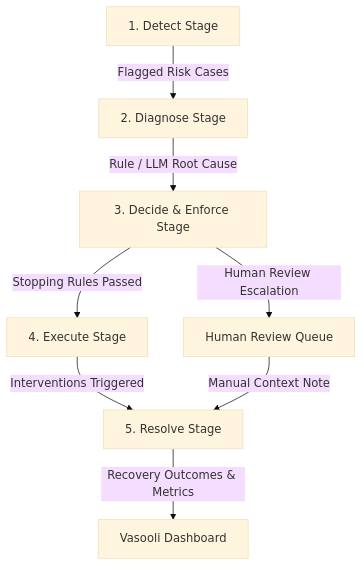
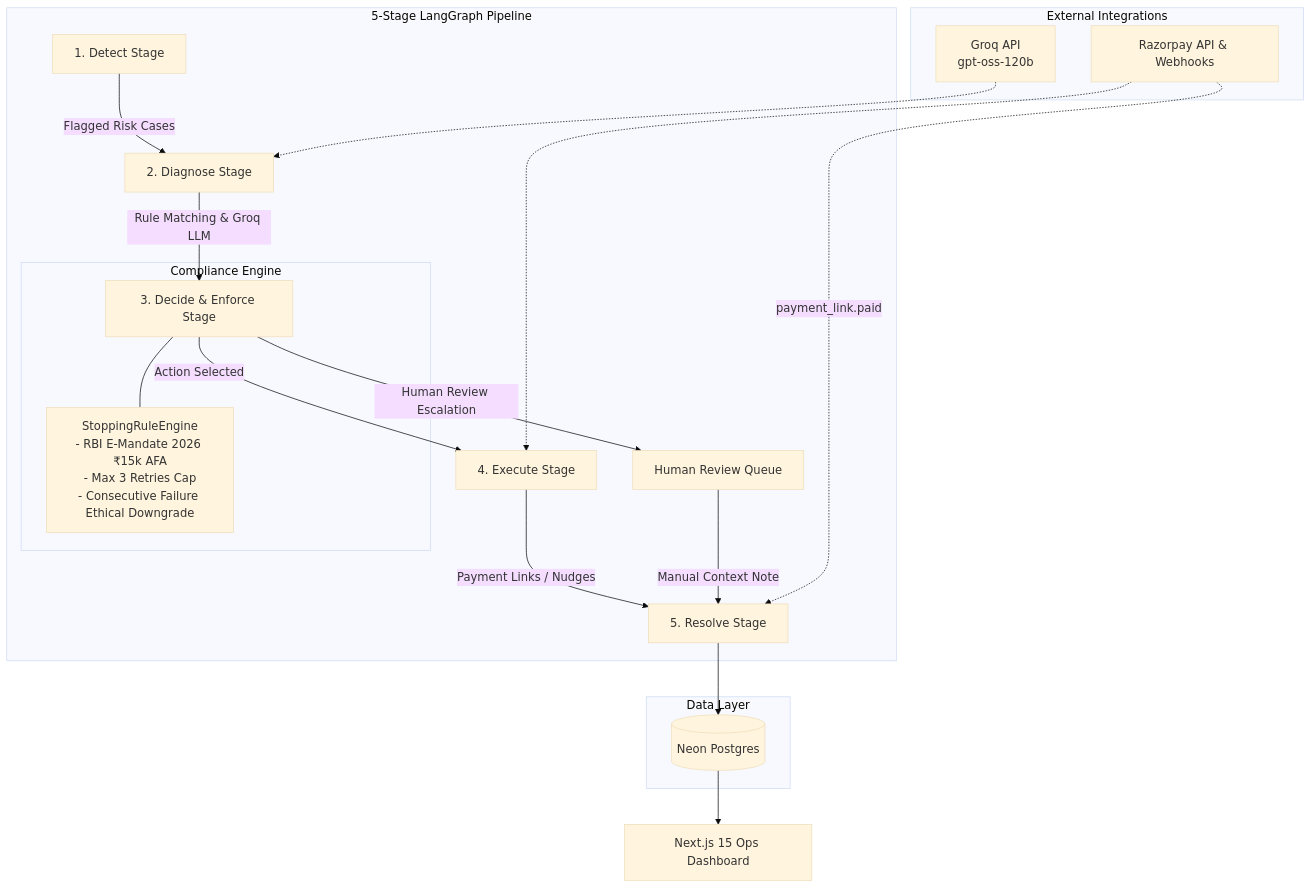
One commit to Akaash-S/vasooli changed the diagram in docs/architecture.mmd. Above: the diagram before and after it, drawn with Mermaid (base theme). The commit also changed 2 other files, not shown here.

Commit message:
docs: finalize judge-facing README and architecture diagram for Day 11

```diff
--- a/docs/architecture.mmd
+++ b/docs/architecture.mmd
@@ -1,8 +1,28 @@
 graph TD
-    A[1. Detect Stage] -->|Flagged Risk Cases| B[2. Diagnose Stage]
-    B -->|Rule / LLM Root Cause| C[3. Decide & Enforce Stage]
-    C -->|Stopping Rules Passed| D[4. Execute Stage]
-    C -->|Human Review Escalation| E[Human Review Queue]
-    D -->|Interventions Triggered| F[5. Resolve Stage]
-    E -->|Manual Context Note| F
-    F -->|Recovery Outcomes & Metrics| G[Vasooli Dashboard]
+    subgraph Data Layer
+        DB[(Neon Postgres)]
+    end
+
+    subgraph 5-Stage LangGraph Pipeline
+        A[1. Detect Stage] -->|Flagged Risk Cases| B[2. Diagnose Stage]
+        B -->|Rule Matching & Groq LLM| C[3. Decide & Enforce Stage]
+        
+        subgraph Compliance Engine
+            C --- SRE[StoppingRuleEngine<br/>- RBI E-Mandate 2026 ₹15k AFA<br/>- Max 3 Retries Cap<br/>- Consecutive Failure Ethical Downgrade]
+        end
+        
+        C -->|Action Selected| D[4. Execute Stage]
+        C -->|Human Review Escalation| E[Human Review Queue]
+        
+        D -->|Payment Links / Nudges| F[5. Resolve Stage]
+        E -->|Manual Context Note| F
+    end
+
+    subgraph External Integrations
+        Groq[Groq API<br/>gpt-oss-120b] -.-> B
+        RZP[Razorpay API & Webhooks] -.-> D
+        RZP -.->|payment_link.paid| F
+    end
+
+    F --> DB
+    DB --> Dashboard[Next.js 15 Ops Dashboard]
```
